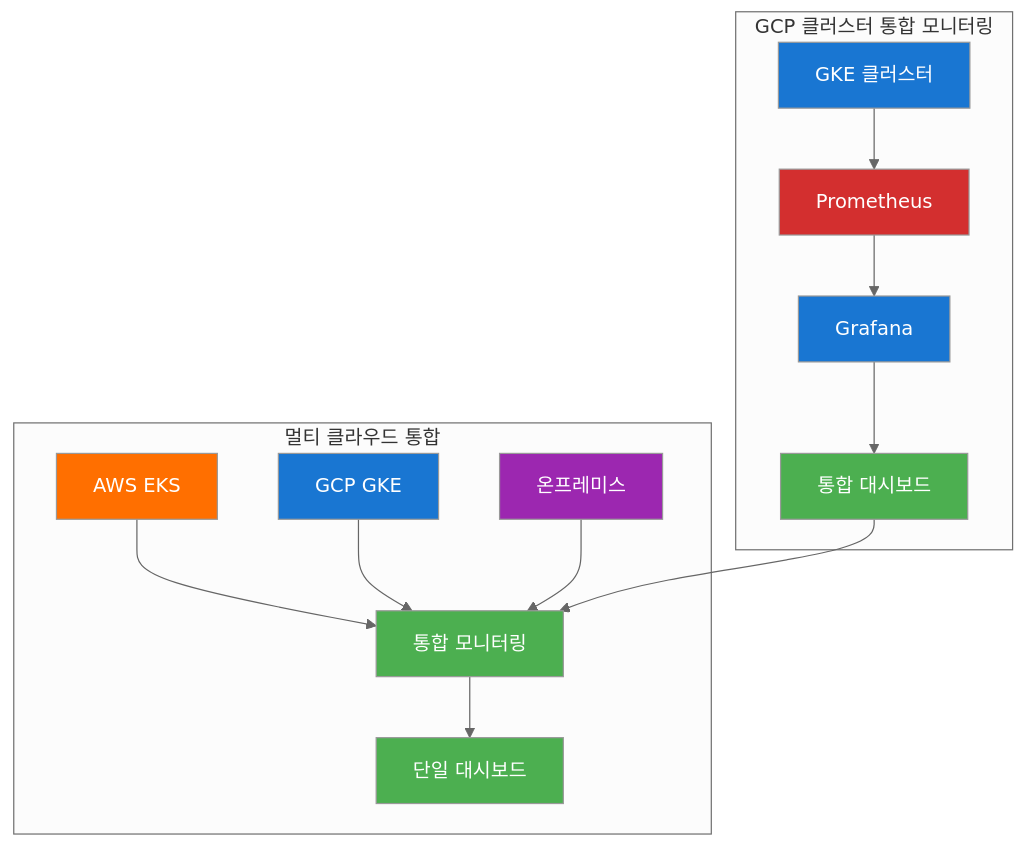
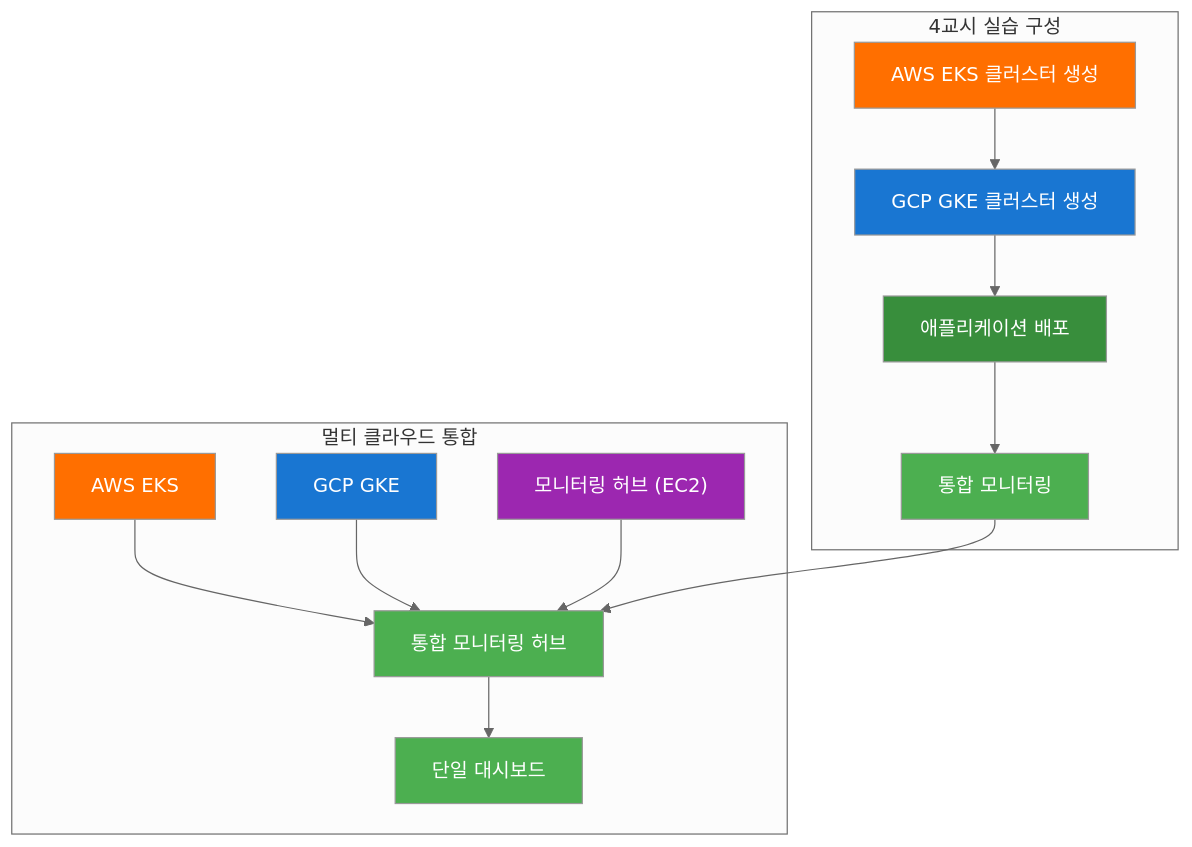
Before and after one commit to jungfrau70/mcp_cloud: the fifth of 9 diagrams in mcp_knowledge_base/cloud_intermediate/lectures/day2/Day2_통합강의안_오후.md, drawn with Mermaid (neutral theme). The commit also changed other lines of this file, not shown here.

````diff
--- a/mcp_knowledge_base/cloud_intermediate/lectures/day2/Day2_통합강의안_오후.md
+++ b/mcp_knowledge_base/cloud_intermediate/lectures/day2/Day2_통합강의안_오후.md
@@ -421,27 +425,27 @@
 ```mermaid
 flowchart TD
-    subgraph "GCP 클러스터 통합 모니터링"
-        A["GKE 클러스터"] --> B["Prometheus"]
-        B --> C["Grafana"]
-        C --> D["통합 대시보드"]
+    subgraph "4교시 실습 구성"
+        A["AWS EKS 클러스터 생성"] --> B["GCP GKE 클러스터 생성"]
+        B --> C["애플리케이션 배포"]
+        C --> D["통합 모니터링"]
     end
     
     subgraph "멀티 클라우드 통합"
-        E["AWS EKS"] --> F["통합 모니터링"]
+        E["AWS EKS"] --> F["통합 모니터링 허브"]
         G["GCP GKE"] --> F
-        H["온프레미스"] --> F
+        H["모니터링 허브 (EC2)"] --> F
         F --> I["단일 대시보드"]
     end
     
     D --> F
     
-    style A fill:#1976d2,color:#ffffff
-    style B fill:#d32f2f,color:#ffffff
-    style C fill:#1976d2,color:#ffffff
+    style A fill:#ff6f00,color:#ffffff
+    style B fill:#1976d2,color:#ffffff
+    style C fill:#388e3c,color:#ffffff
     style D fill:#4caf50,color:#ffffff
     style E fill:#ff6f00,color:#ffffff
     style F fill:#4caf50,color:#ffffff
     style G fill:#1976d2,color:#ffffff
     style H fill:#9c27b0,color:#ffffff
     style I fill:#4caf50,color:#ffffff
 ```
````
